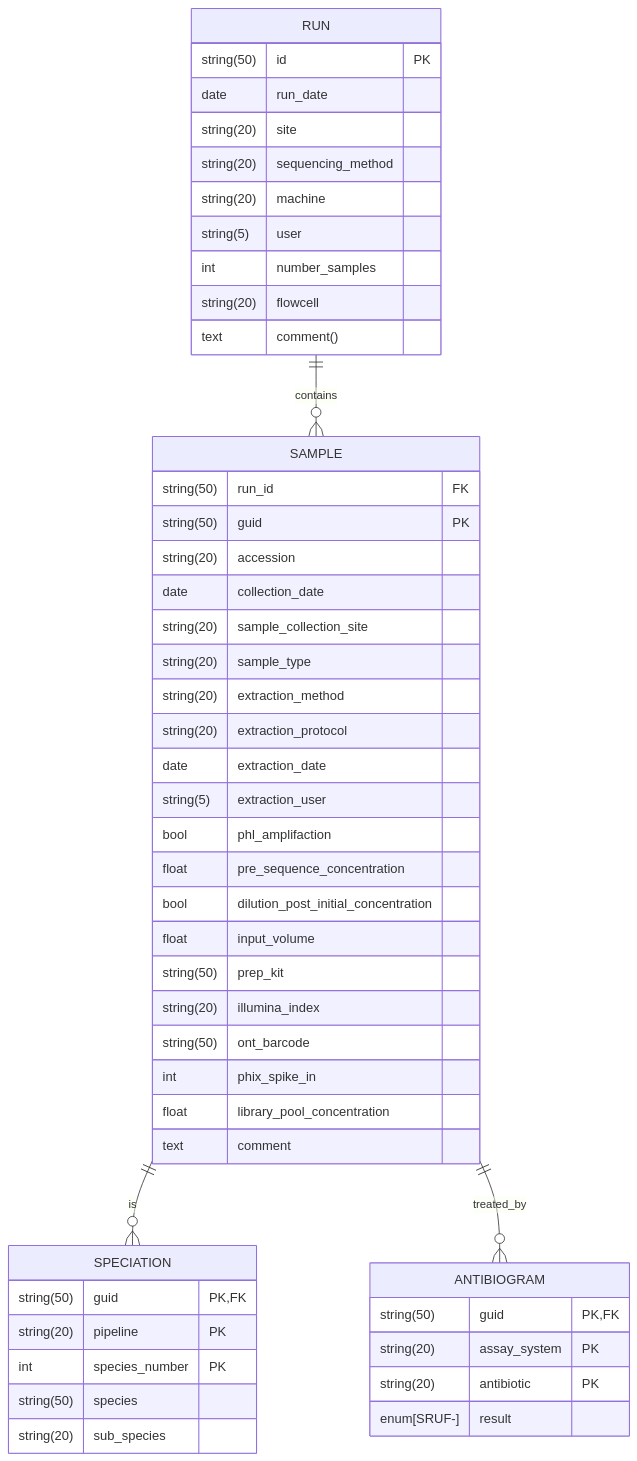
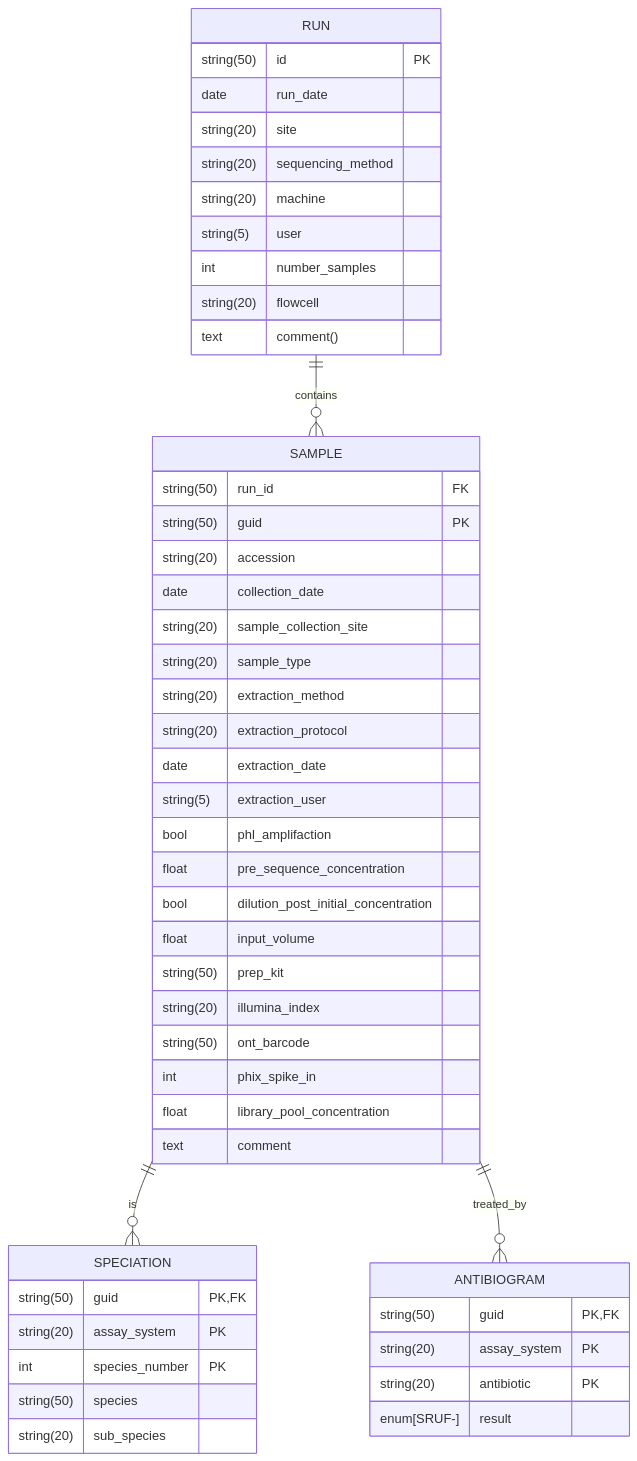
One commit to oxfordmmm/gpas_local_db changed the diagram in docs/database-layout.md. Above: the diagram before and after it, drawn with Mermaid.

Commit message:
change speciation.pipeline to speciation.assay_system

````diff
--- a/docs/database-layout.md
+++ b/docs/database-layout.md
@@ -3,56 +3,56 @@
 ```mermaid
 erDiagram
     RUN {
         string(50) id PK
         date run_date
         string(20) site
         string(20) sequencing_method
         string(20) machine
         string(5) user
         int number_samples
         string(20) flowcell
         text comment()
     }
 
     SAMPLE {
         string(50) run_id FK
         string(50) guid PK
         string(20) accession
         date collection_date
         string(20) sample_collection_site
         string(20) sample_type
         string(20) extraction_method
         string(20) extraction_protocol
         date extraction_date
         string(5) extraction_user
         bool phl_amplifaction
         float pre_sequence_concentration
         bool dilution_post_initial_concentration
         float input_volume
         string(50) prep_kit
         string(20) illumina_index
         string(50) ont_barcode
         int phix_spike_in
         float library_pool_concentration
         text comment
     }
 
     SPECIATION {
         string(50) guid PK, FK
-        string(20) pipeline PK
+        string(20) assay_system PK
         int species_number PK
         string(50) species
         string(20) sub_species
     }
 
     ANTIBIOGRAM {
         string(50) guid PK, FK
         string(20) assay_system PK
         string(20) antibiotic PK
         enum[SRUF-] result
     }
 
     RUN ||--o{ SAMPLE : contains
     SAMPLE ||--o{ SPECIATION : is
     SAMPLE ||--o{ ANTIBIOGRAM : treated_by
 ```
````
